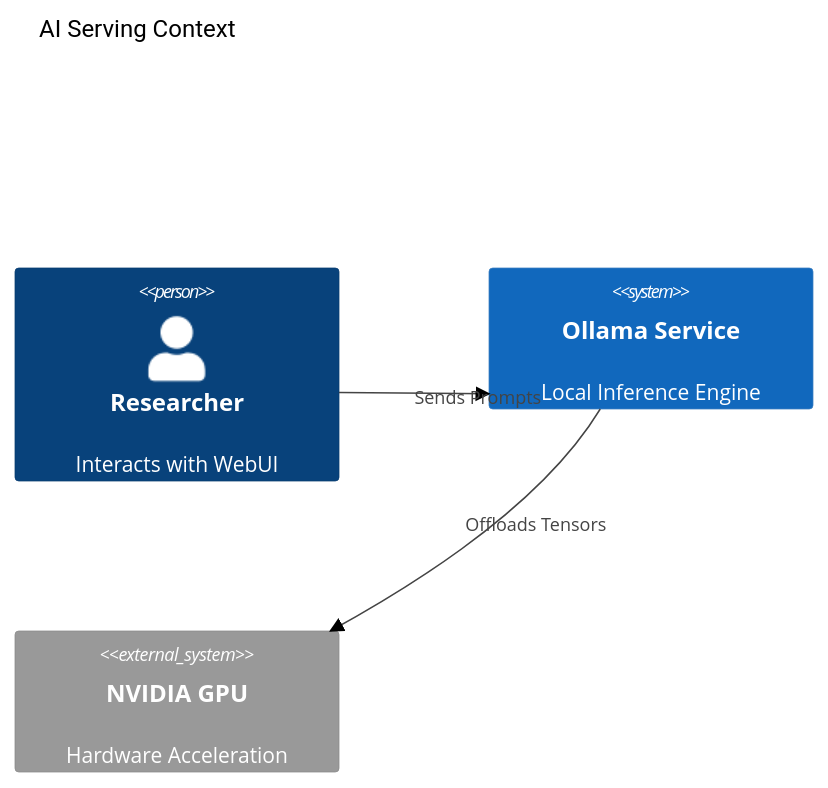
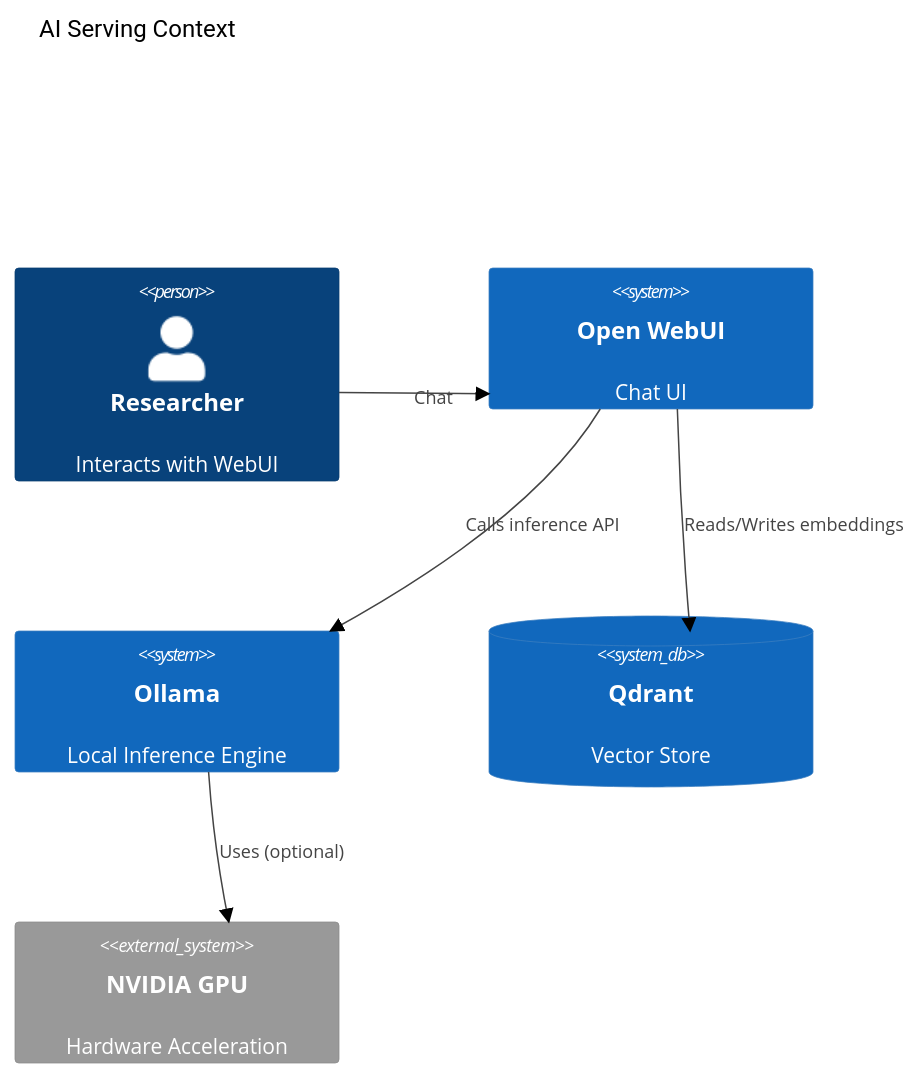
The diagram in docs/ard/ai-ard.md (buenhyden/hy-home.docker), drawn with Mermaid (forest theme) before and after one commit. The commit also changed other lines of this file and 37 other files, not shown here.

````diff
--- a/docs/ard/ai-ard.md
+++ b/docs/ard/ai-ard.md
@@ -32,10 +22,14 @@
 ```mermaid
 C4Context
     title AI Serving Context
     Person(user, "Researcher", "Interacts with WebUI")
-    System(ai_serv, "Ollama Service", "Local Inference Engine")
+    System(ui, "Open WebUI", "Chat UI")
+    System(ai_serv, "Ollama", "Local Inference Engine")
+    SystemDb(vec, "Qdrant", "Vector Store")
     System_Ext(host_gpu, "NVIDIA GPU", "Hardware Acceleration")
 
-    Rel(user, ai_serv, "Sends Prompts")
-    Rel(ai_serv, host_gpu, "Offloads Tensors")
+    Rel(user, ui, "Chat")
+    Rel(ui, ai_serv, "Calls inference API")
+    Rel(ui, vec, "Reads/Writes embeddings")
+    Rel(ai_serv, host_gpu, "Uses (optional)")
 ```
````
